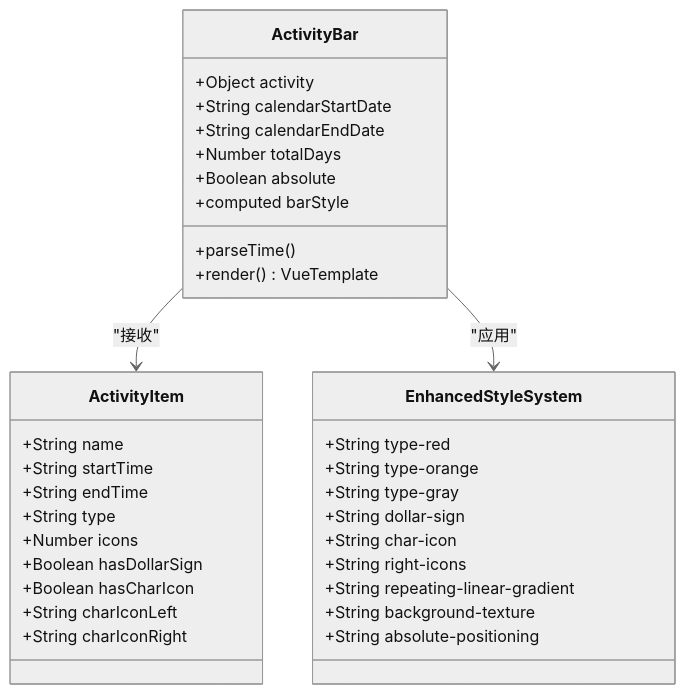
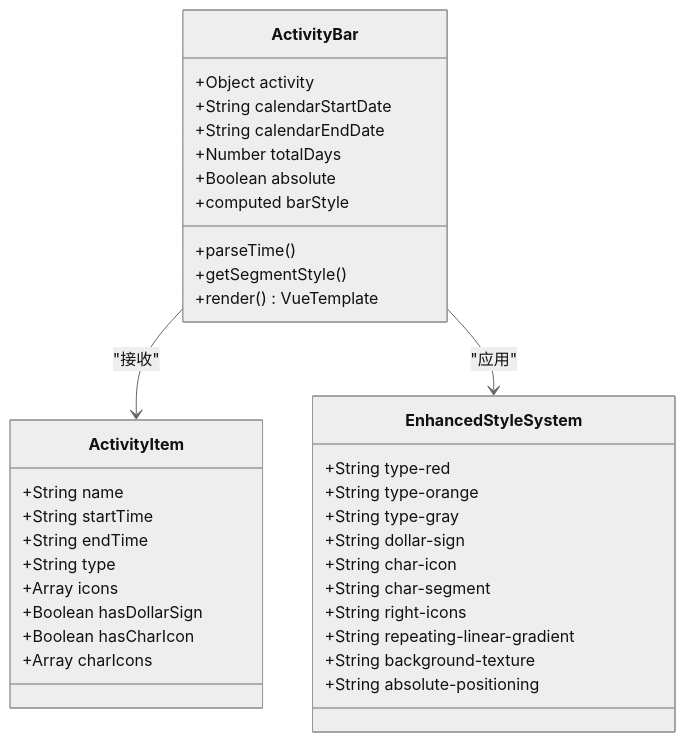
Before and after one commit to xuanyulingnfeg/gameCalendar: the sixth of 9 diagrams in .qoder/repowiki/zh/content/核心组件/ActivityBar 活动条目组件.md, drawn with Mermaid (neutral theme). The commit also changed other lines of this file and 7 other files, not shown here.

````diff
--- a/.qoder/repowiki/zh/content/核心组件/ActivityBar 活动条目组件.md
+++ b/.qoder/repowiki/zh/content/核心组件/ActivityBar 活动条目组件.md
@@ -227,37 +273,38 @@
 ```mermaid
 classDiagram
 class ActivityBar {
 +Object activity
 +String calendarStartDate
 +String calendarEndDate
 +Number totalDays
 +Boolean absolute
 +computed barStyle
 +parseTime()
++getSegmentStyle()
 +render() VueTemplate
 }
 class ActivityItem {
 +String name
 +String startTime
 +String endTime
 +String type
-+Number icons
++Array icons
 +Boolean hasDollarSign
 +Boolean hasCharIcon
-+String charIconLeft
-+String charIconRight
++Array charIcons
 }
 class EnhancedStyleSystem {
 +String type-red
 +String type-orange
 +String type-gray
 +String dollar-sign
 +String char-icon
++String char-segment
 +String right-icons
 +String repeating-linear-gradient
 +String background-texture
 +String absolute-positioning
 }
 ActivityBar --> ActivityItem : "接收"
 ActivityBar --> EnhancedStyleSystem : "应用"
 ```
````
